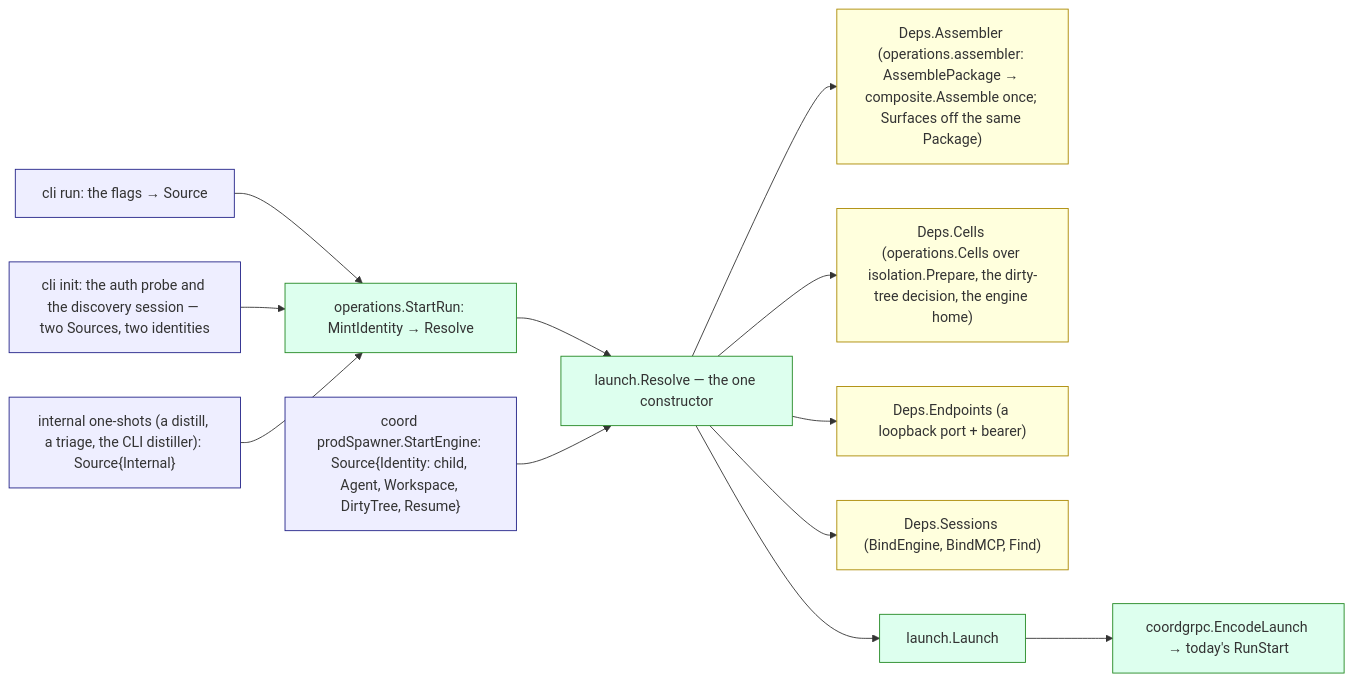
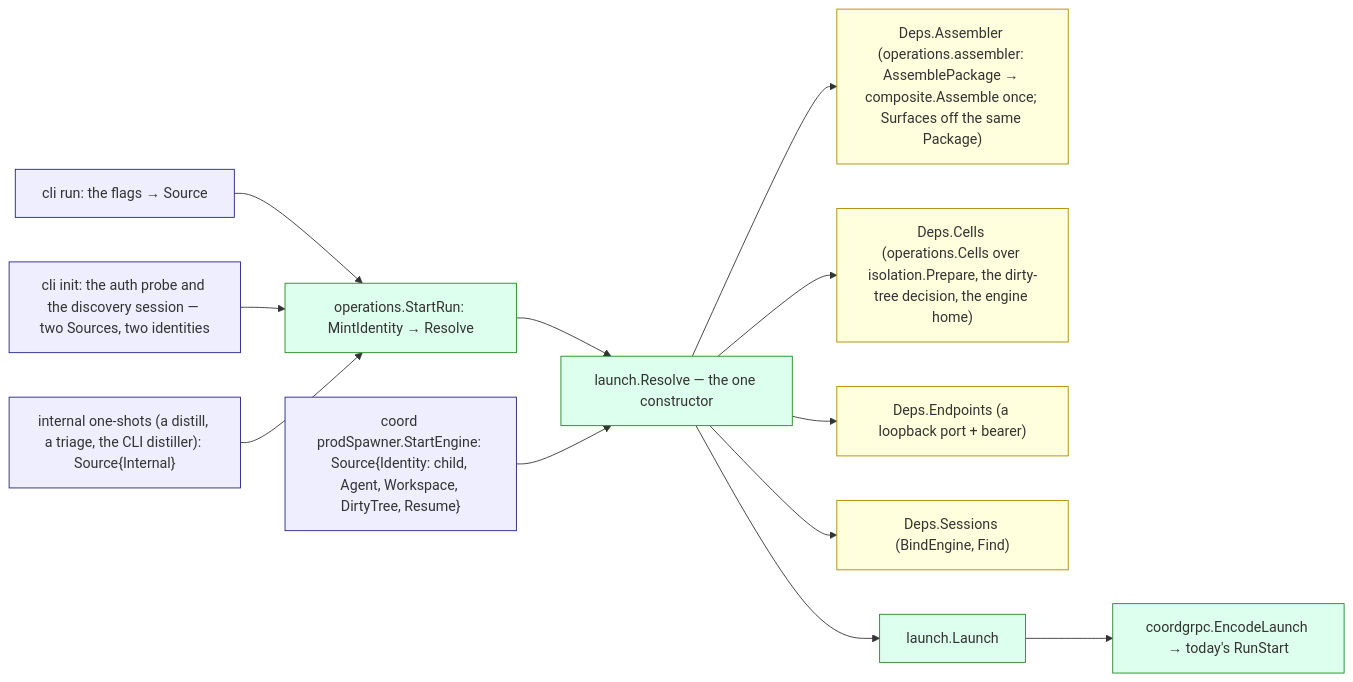
Before and after one commit to ctxloom/ctxloom: the diagram in docs/architecture/core/launch.md, drawn with Mermaid. The commit also changed 30 other files, not shown here.

````diff
--- a/docs/architecture/core/launch.md
+++ b/docs/architecture/core/launch.md
@@ -20,22 +20,22 @@
 ```mermaid
 flowchart LR
   classDef src fill:#eef,stroke:#228
   classDef core fill:#dfe,stroke:#282
   classDef port fill:#ffd,stroke:#a80
   RUN["cli run: the flags → Source"]:::src
   INIT["cli init: the auth probe and the discovery session — two Sources, two identities"]:::src
   ONE["internal one-shots (a distill, a triage, the CLI distiller): Source{Internal}"]:::src
   SPAWN["coord prodSpawner.StartEngine: Source{Identity: child, Agent, Workspace, DirtyTree, Resume}"]:::src
   START["operations.StartRun: MintIdentity → Resolve"]:::core
   RES["launch.Resolve — the one constructor"]:::core
   ASM["Deps.Assembler (operations.assembler: AssemblePackage → composite.Assemble once; Surfaces off the same Package)"]:::port
   CELLS["Deps.Cells (operations.Cells over isolation.Prepare, the dirty-tree decision, the engine home)"]:::port
   EPM["Deps.Endpoints (a loopback port + bearer)"]:::port
-  STORE["Deps.Sessions (BindEngine, BindMCP, Find)"]:::port
+  STORE["Deps.Sessions (BindEngine, Find)"]:::port
   L["launch.Launch"]:::core
   ENC["coordgrpc.EncodeLaunch → today's RunStart"]:::core
   RUN & INIT & ONE --> START --> RES
   SPAWN --> RES
   RES --> ASM & CELLS & EPM & STORE
   RES --> L --> ENC
 ```
````
